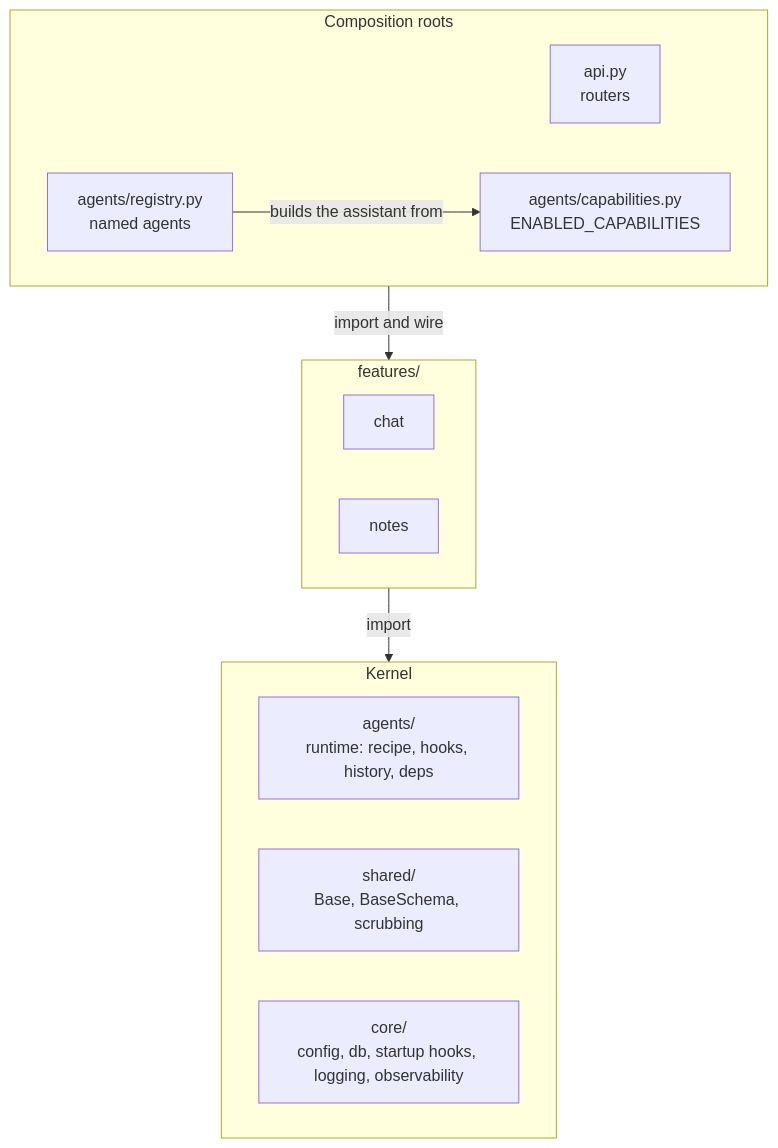
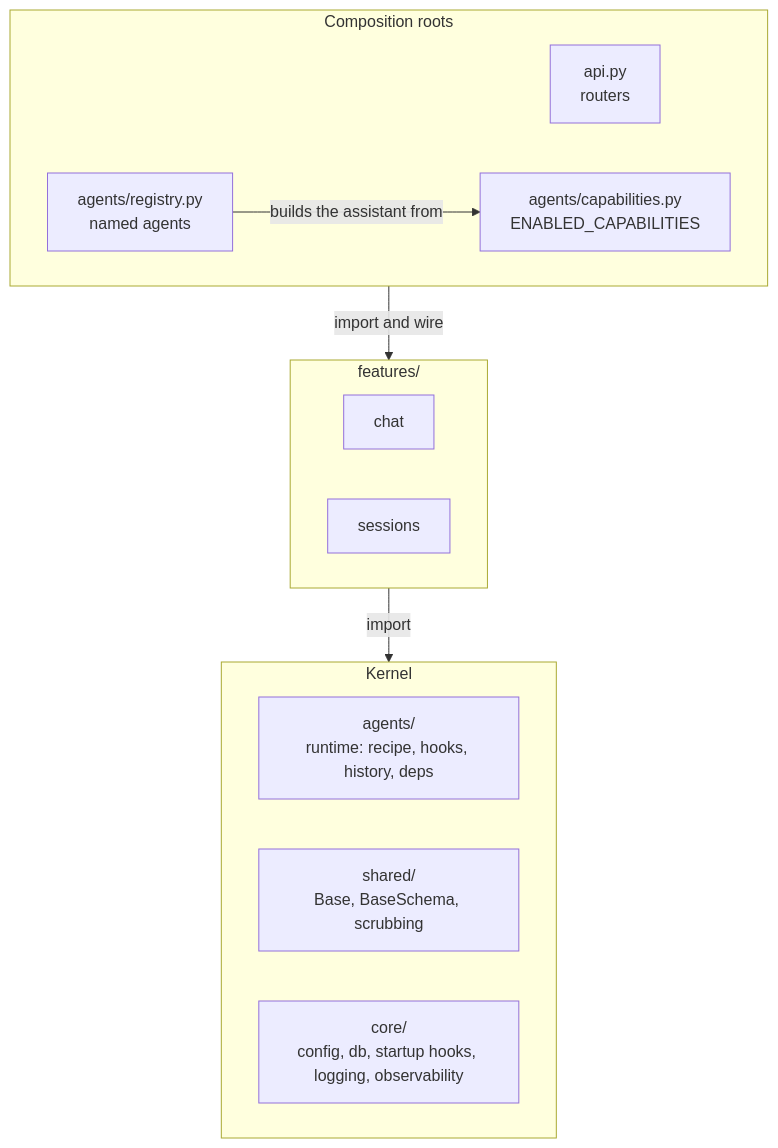
Before and after one commit to LukeMainwaring/cortexdj: the diagram in docs/architecture/slices-and-the-dependency-rule.md, drawn with Mermaid. The commit also changed other lines of this file and 10 other files, not shown here.

Commit message:
docs(port): point the docs, rules, and review checks at sessions and cut the Notes, embedder, and hybrid-search text

````diff
--- a/docs/architecture/slices-and-the-dependency-rule.md
+++ b/docs/architecture/slices-and-the-dependency-rule.md
@@ -9,20 +9,20 @@
 ```mermaid
 flowchart TB
     subgraph roots[Composition roots]
         api["api.py<br/>routers"]
         capabilities["agents/capabilities.py<br/>ENABLED_CAPABILITIES"]
         registry["agents/registry.py<br/>named agents"]
     end
     subgraph features["features/"]
         chat
-        notes
+        sessions
     end
     subgraph kernel[Kernel]
         agents["agents/<br/>runtime: recipe, hooks, history, deps"]
         shared["shared/<br/>Base, BaseSchema, scrubbing"]
         core["core/<br/>config, db, startup hooks, logging, observability"]
     end
     roots -->|import and wire| features
     features -->|import| kernel
     registry -->|builds the assistant from| capabilities
 ```
````
